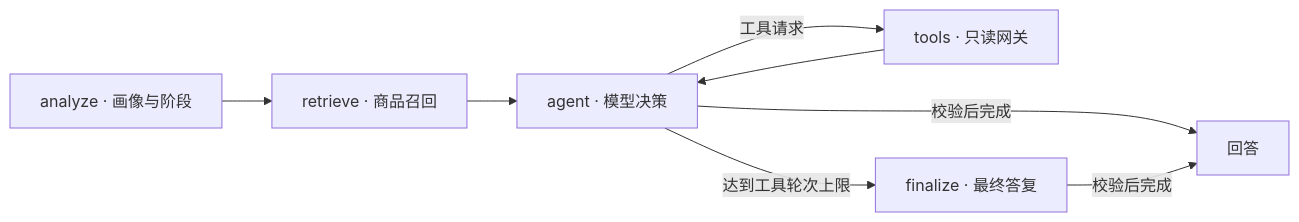
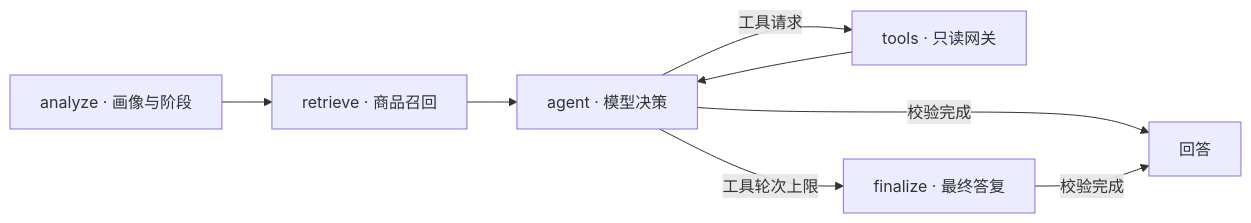
One commit to SugarAbsinthe/shopsift changed the diagram in README.md. Above: the diagram before and after it, drawn with Mermaid. The commit also changed other lines of this file and 3 other files, not shown here.

````diff
--- a/README.md
+++ b/README.md
@@ -144,10 +141,10 @@
 ```mermaid
 flowchart LR
     A[analyze · 画像与阶段] --> R[retrieve · 商品召回]
     R --> L[agent · 模型决策]
     L -->|工具请求| T[tools · 只读网关]
     T --> L
-    L -->|达到工具轮次上限| F[finalize · 最终答复]
-    L -->|校验后完成| E[回答]
-    F -->|校验后完成| E
+    L -->|工具轮次上限| F[finalize · 最终答复]
+    L -->|校验完成| E[回答]
+    F -->|校验完成| E
 ```
````
